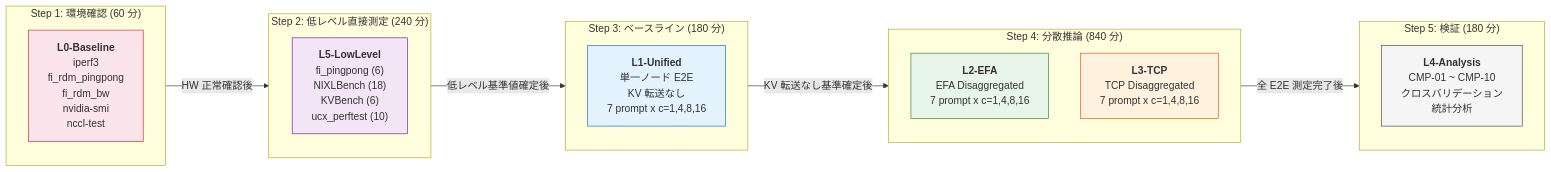
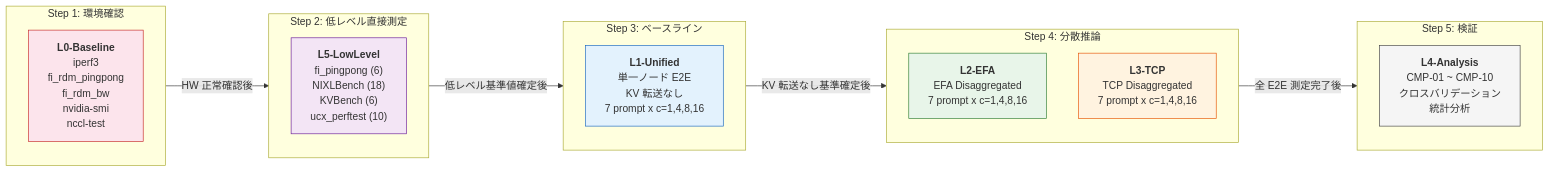
The seventh of 14 diagrams in articles/3dd524130320d3.md (littlemex/zenn), drawn with Mermaid before and after one commit. The commit also changed other lines of this file, not shown here.

````diff
--- a/articles/3dd524130320d3.md
+++ b/articles/3dd524130320d3.md
@@ -289,35 +289,35 @@
 ```mermaid
 flowchart LR
-    subgraph STEP1["Step 1: 環境確認 (60 分)"]
+    subgraph STEP1["Step 1: 環境確認"]
         L0["<b>L0-Baseline</b><br/>iperf3<br/>fi_rdm_pingpong<br/>fi_rdm_bw<br/>nvidia-smi<br/>nccl-test"]
     end
 
-    subgraph STEP2["Step 2: 低レベル直接測定 (240 分)"]
+    subgraph STEP2["Step 2: 低レベル直接測定"]
         L5["<b>L5-LowLevel</b><br/>fi_pingpong (6)<br/>NIXLBench (18)<br/>KVBench (6)<br/>ucx_perftest (10)"]
     end
 
-    subgraph STEP3["Step 3: ベースライン (180 分)"]
+    subgraph STEP3["Step 3: ベースライン"]
         L1["<b>L1-Unified</b><br/>単一ノード E2E<br/>KV 転送なし<br/>7 prompt x c=1,4,8,16"]
     end
 
-    subgraph STEP4["Step 4: 分散推論 (840 分)"]
+    subgraph STEP4["Step 4: 分散推論"]
         L2["<b>L2-EFA</b><br/>EFA Disaggregated<br/>7 prompt x c=1,4,8,16"]
         L3["<b>L3-TCP</b><br/>TCP Disaggregated<br/>7 prompt x c=1,4,8,16"]
     end
 
-    subgraph STEP5["Step 5: 検証 (180 分)"]
+    subgraph STEP5["Step 5: 検証"]
         L4["<b>L4-Analysis</b><br/>CMP-01 ~ CMP-10<br/>クロスバリデーション<br/>統計分析"]
     end
 
     STEP1 -->|"HW 正常確認後"| STEP2
     STEP2 -->|"低レベル基準値確定後"| STEP3
     STEP3 -->|"KV 転送なし基準確定後"| STEP4
     STEP4 -->|"全 E2E 測定完了後"| STEP5
 
     style L0 fill: #fce4ec,stroke: #c62828
     style L5 fill: #f3e5f5,stroke: #6a1b9a
     style L1 fill: #e3f2fd,stroke: #1565c0
     style L2 fill: #e8f5e9,stroke: #2e7d32
     style L3 fill: #fff3e0,stroke: #e65100
     style L4 fill: #f5f5f5,stroke: #424242
 ```
````
